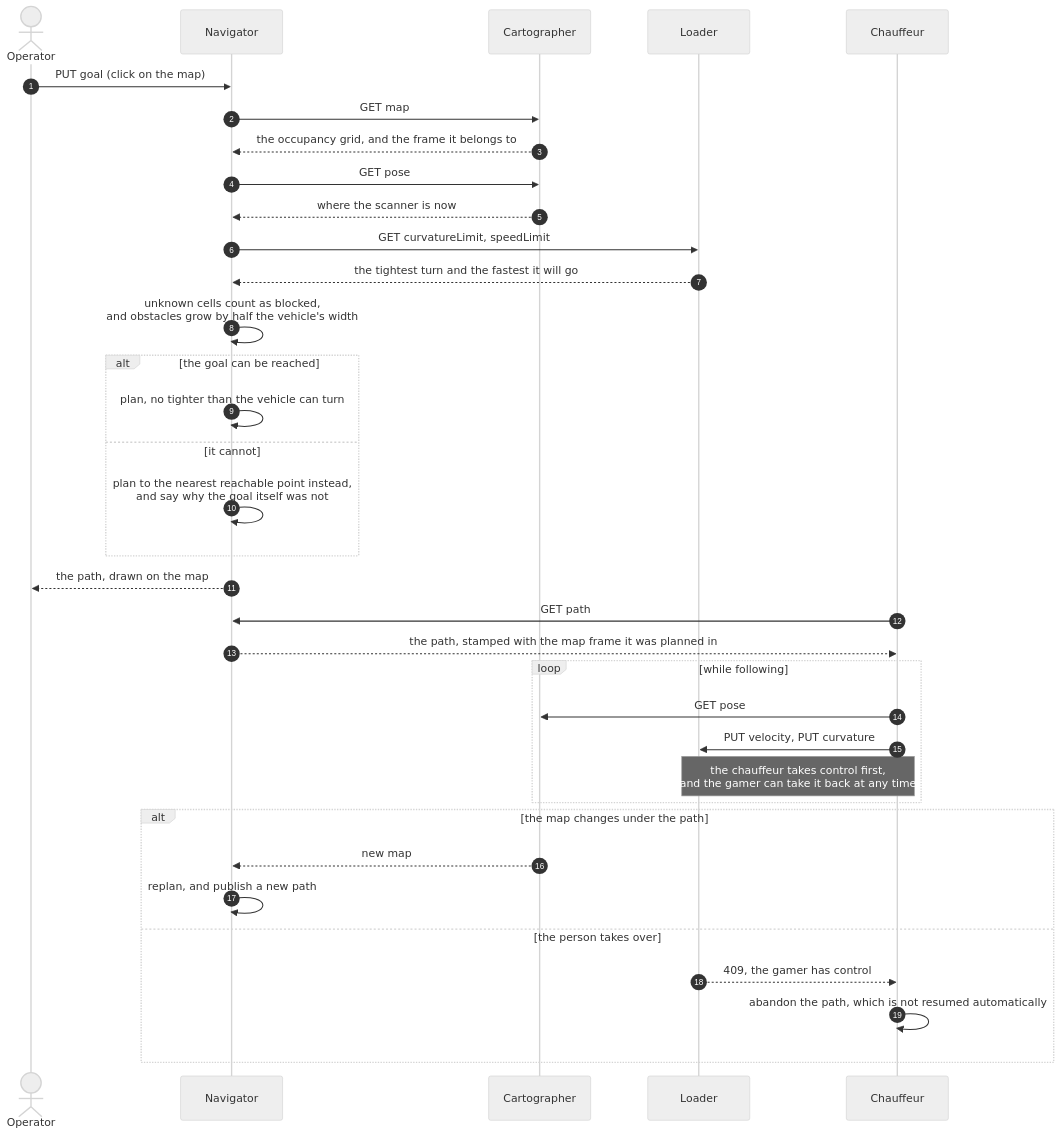
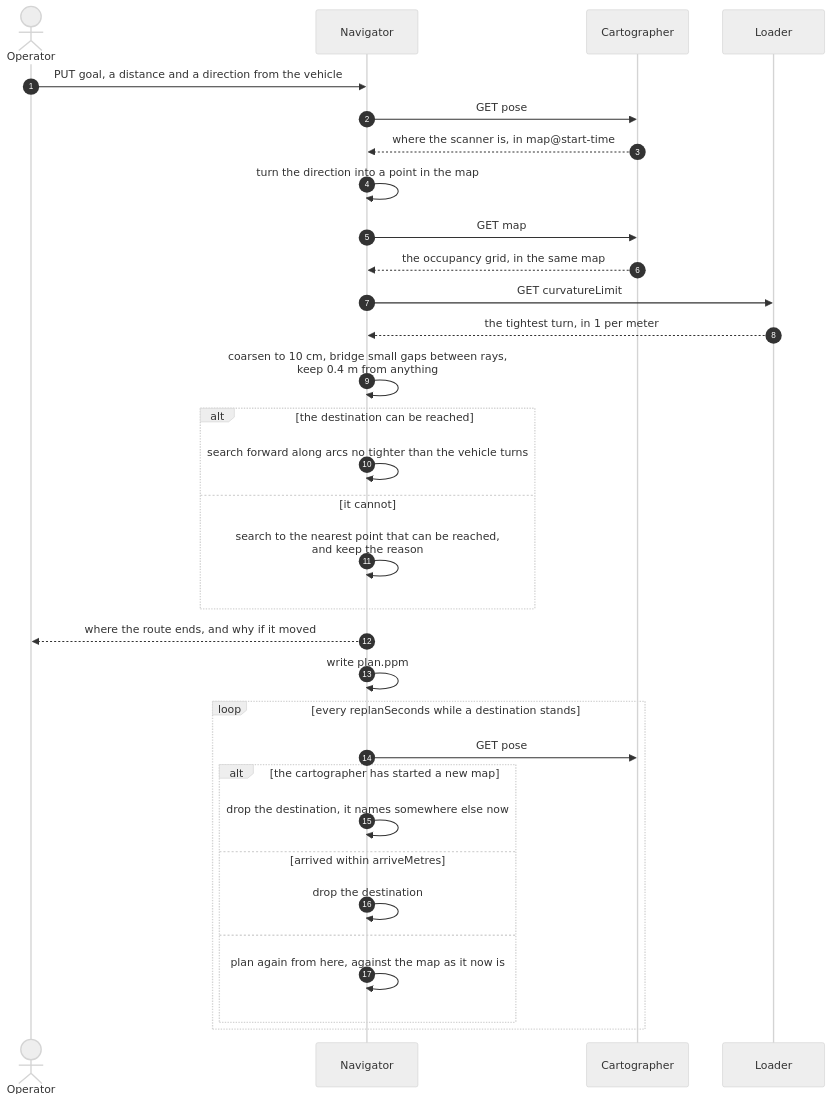
One commit to sdoque/systems changed the diagram in navigator/README.md. Above: the diagram before and after it, drawn with Mermaid (neutral theme). The commit also changed other lines of this file and 9 other files, not shown here.

````diff
--- a/navigator/README.md
+++ b/navigator/README.md
@@ -29,41 +82,37 @@
 ```mermaid
 sequenceDiagram
     autonumber
     actor Operator
     participant N as Navigator
     participant C as Cartographer
     participant L as Loader
-    participant H as Chauffeur
 
-    Operator->>N: PUT goal (click on the map)
+    Operator->>N: PUT goal, a distance and a direction from the vehicle
+    N->>C: GET pose
+    C-->>N: where the scanner is, in map@start-time
+    N->>N: turn the direction into a point in the map
     N->>C: GET map
-    C-->>N: the occupancy grid, and the frame it belongs to
-    N->>C: GET pose
-    C-->>N: where the scanner is now
-    N->>L: GET curvatureLimit, speedLimit
-    L-->>N: the tightest turn and the fastest it will go
+    C-->>N: the occupancy grid, in the same map
+    N->>L: GET curvatureLimit
+    L-->>N: the tightest turn, in 1 per meter
 
-    N->>N: unknown cells count as blocked,<br/>and obstacles grow by half the vehicle's width
-    alt the goal can be reached
-        N->>N: plan, no tighter than the vehicle can turn
+    N->>N: coarsen to 10 cm, bridge small gaps between rays,<br/>keep 0.4 m from anything
+    alt the destination can be reached
+        N->>N: search forward along arcs no tighter than the vehicle turns
     else it cannot
-        N->>N: plan to the nearest reachable point instead,<br/>and say why the goal itself was not
+        N->>N: search to the nearest point that can be reached,<br/>and keep the reason
     end
-    N-->>Operator: the path, drawn on the map
+    N-->>Operator: where the route ends, and why if it moved
+    N->>N: write plan.ppm
 
-    H->>N: GET path
-    N-->>H: the path, stamped with the map frame it was planned in
-    loop while following
-        H->>C: GET pose
-        H->>L: PUT velocity, PUT curvature
-        Note over H,L: the chauffeur takes control first,<br/>and the gamer can take it back at any time
-    end
-
-    alt the map changes under the path
-        C-->>N: new map
-        N->>N: replan, and publish a new path
-    else the person takes over
-        L-->>H: 409, the gamer has control
-        H->>H: abandon the path, which is not resumed automatically
+    loop every replanSeconds while a destination stands
+        N->>C: GET pose
+        alt the cartographer has started a new map
+            N->>N: drop the destination, it names somewhere else now
+        else arrived within arriveMetres
+            N->>N: drop the destination
+        else
+            N->>N: plan again from here, against the map as it now is
+        end
     end
 ```
````
